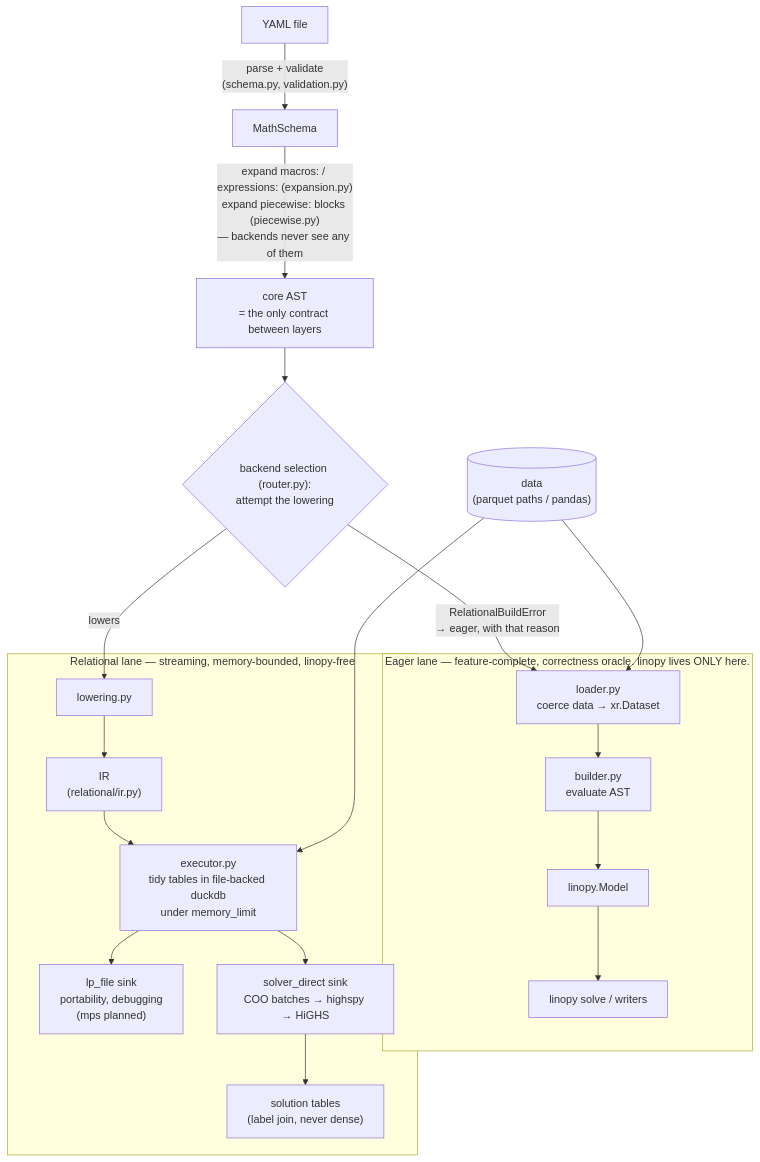
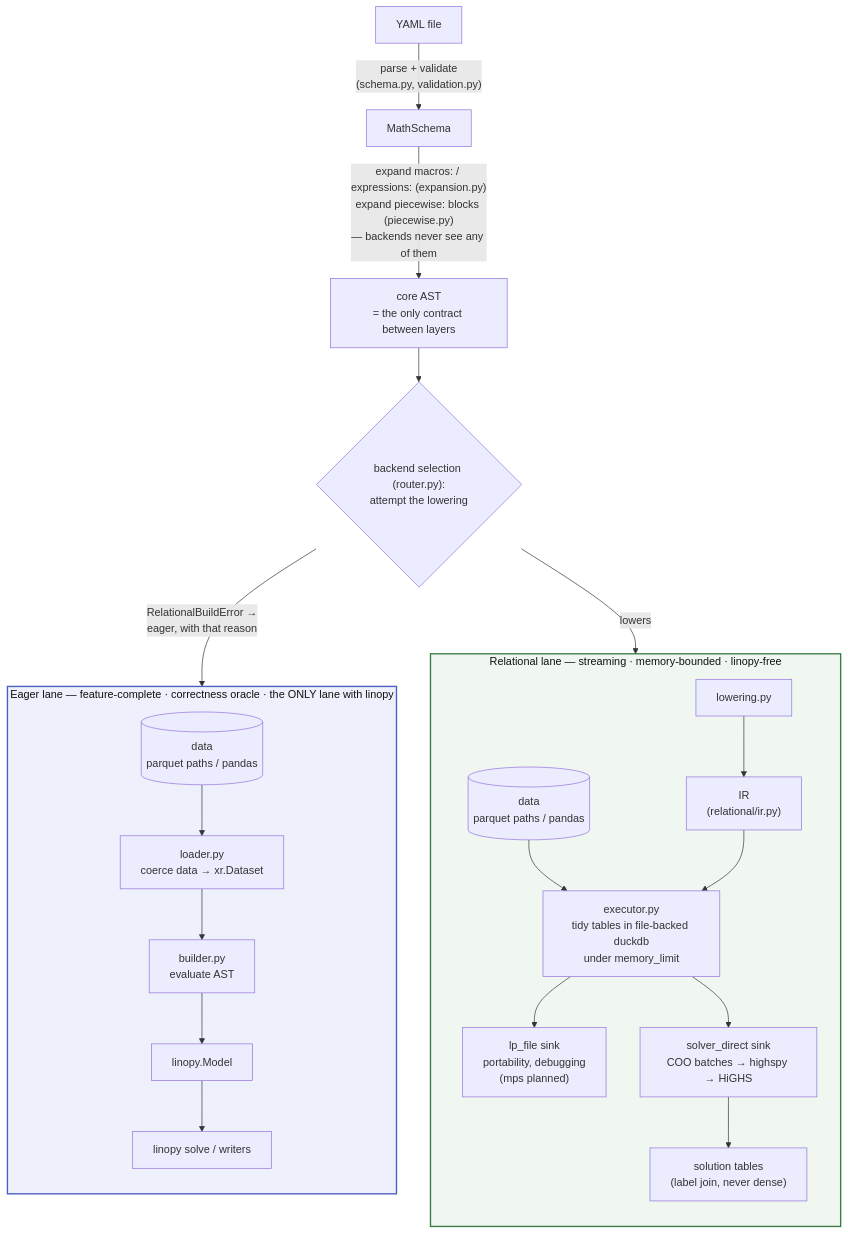
Before and after one commit to FBumann/farkas: the first of 2 diagrams in ARCHITECTURE.md, drawn with Mermaid. The commit also changed other lines of this file, not shown here.

Commit message:
docs: separate the two lanes visually; add language-tiers diagram
Pipeline redesign after actually rendering it: each lane gets its own
tinted subgraph (green relational, blue eager) with its own data entry,
which removes every crossing edge — the router's two labeled edges are
now the only lines entering the lanes. New small mermaid for the
two-tier language economy (free composition -> taxed primitives -> both
backends; @register as a dashed escape hatch that reaches the eager
backend only). Both diagrams validated with mermaid-cli.

````diff
--- a/ARCHITECTURE.md
+++ b/ARCHITECTURE.md
@@ -17,26 +17,31 @@
 ```mermaid
 flowchart TB
     Y[YAML file] -->|"parse + validate<br/>(schema.py, validation.py)"| MS[MathSchema]
     MS -->|"expand macros: / expressions: (expansion.py)<br/>expand piecewise: blocks (piecewise.py)<br/>— backends never see any of them"| AST["core AST<br/>= the only contract between layers"]
-    D[("data<br/>(parquet paths / pandas)")]
-
     AST --> ROUTE{"backend selection (router.py):<br/>attempt the lowering"}
 
-    subgraph EAGER["Eager lane — feature-complete, correctness oracle. linopy lives ONLY here."]
-        LOAD["loader.py<br/>coerce data → xr.Dataset"] --> BUILD["builder.py<br/>evaluate AST"]
-        BUILD --> MODEL["linopy.Model"] --> SOLVE["linopy solve / writers"]
-    end
+    ROUTE -->|"lowers"| LOWER
+    ROUTE -->|"RelationalBuildError →<br/>eager, with that reason"| BUILD
 
-    subgraph REL["Relational lane — streaming, memory-bounded, linopy-free"]
+    subgraph REL["Relational lane — streaming · memory-bounded · linopy-free"]
+        direction TB
         LOWER["lowering.py"] --> IR["IR<br/>(relational/ir.py)"]
+        DR[("data<br/>parquet paths / pandas")] --> EXEC
         IR --> EXEC["executor.py<br/>tidy tables in file-backed duckdb<br/>under memory_limit"]
         EXEC --> LPS["lp_file sink<br/>portability, debugging<br/>(mps planned)"]
         EXEC --> DIRECT["solver_direct sink<br/>COO batches → highspy → HiGHS"]
         DIRECT --> SOL["solution tables<br/>(label join, never dense)"]
     end
 
-    ROUTE -->|"lowers"| LOWER
-    ROUTE -->|"RelationalBuildError<br/>→ eager, with that reason"| LOAD
-    D --> LOAD
-    D --> EXEC
+    subgraph EAGER["Eager lane — feature-complete · correctness oracle · the ONLY lane with linopy"]
+        direction TB
+        DE[("data<br/>parquet paths / pandas")] --> LOAD["loader.py<br/>coerce data → xr.Dataset"]
+        LOAD --> BUILD["builder.py<br/>evaluate AST"]
+        BUILD --> MODEL[linopy.Model] --> SOLVE["linopy solve / writers"]
+    end
+
+    classDef laneR fill:#f0f7f0,stroke:#3a7d44,stroke-width:2px,color:#111
+    classDef laneE fill:#eef1fb,stroke:#4a5fc1,stroke-width:2px,color:#111
+    class REL laneR
+    class EAGER laneE
 ```
````
